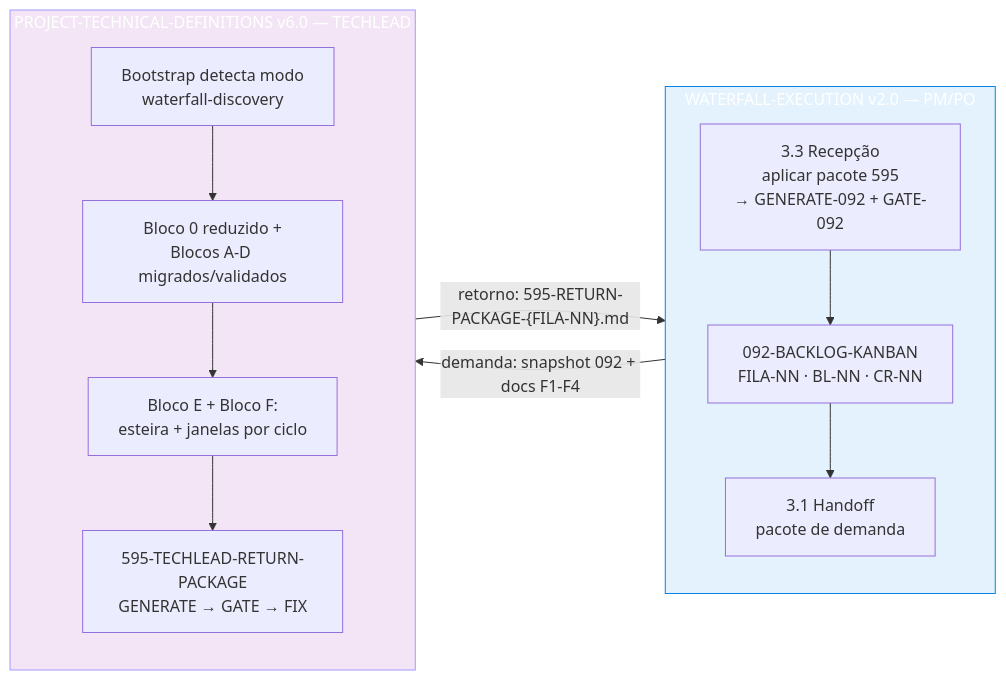
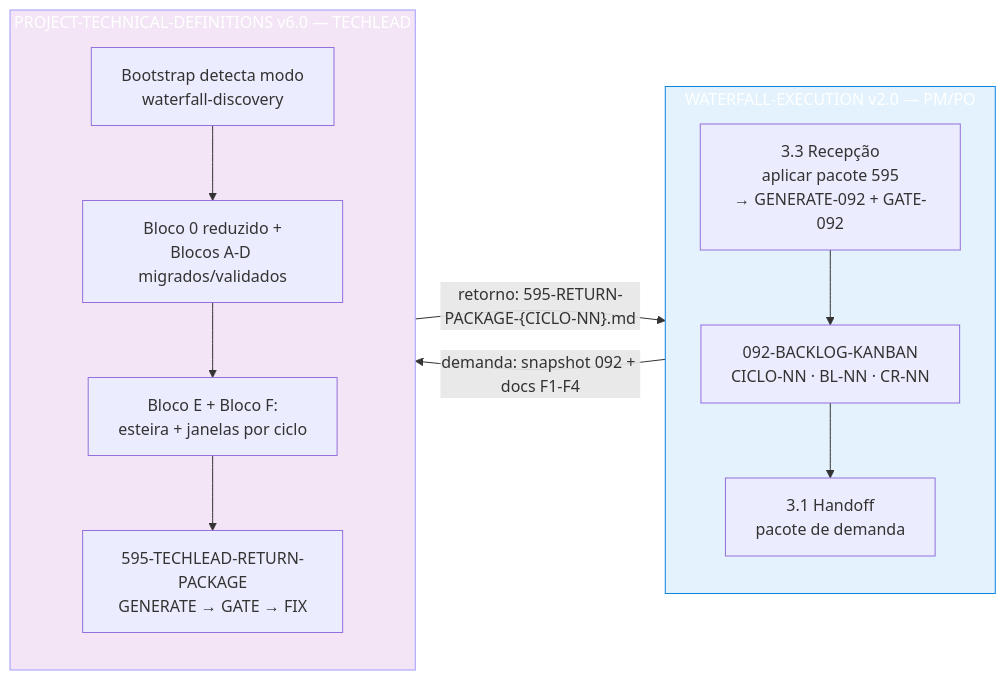
Before and after one commit to bolismar69/workspace-fbso: the tenth of 11 diagrams in .specs/prompts/project-technical-definitions/FLOWCHART-PROMPT-ROADMAP-GENERATE-PROJECT-TECHNICAL-DEFINITIONS.md, drawn with Mermaid. The commit also changed other lines of this file and 28 other files, not shown here.

First line of the commit message:
feat: vocabulário de execução — CICLO-NN, Sub-fase 1.5, 580-PACKAGE-BACKLOG, 590-ciclo-NNN e formas duplas ciclo/sprint

````diff
--- a/.specs/prompts/project-technical-definitions/FLOWCHART-PROMPT-ROADMAP-GENERATE-PROJECT-TECHNICAL-DEFINITIONS.md
+++ b/.specs/prompts/project-technical-definitions/FLOWCHART-PROMPT-ROADMAP-GENERATE-PROJECT-TECHNICAL-DEFINITIONS.md
@@ -920,21 +920,21 @@
 ```mermaid
 flowchart LR
     subgraph PMPO[WATERFALL-EXECUTION v2.0 — PM/PO]
         direction TB
-        P1[092-BACKLOG-KANBAN<br/>FILA-NN · BL-NN · CR-NN] --> P2[3.1 Handoff<br/>pacote de demanda]
+        P1[092-BACKLOG-KANBAN<br/>CICLO-NN · BL-NN · CR-NN] --> P2[3.1 Handoff<br/>pacote de demanda]
         P4[3.3 Recepção<br/>aplicar pacote 595<br/>→ GENERATE-092 + GATE-092] --> P1
     end
 
     subgraph TECHLEAD[PROJECT-TECHNICAL-DEFINITIONS v6.0 — TECHLEAD]
         direction TB
         T0[Bootstrap detecta modo<br/>waterfall-discovery] --> T1[Bloco 0 reduzido +<br/>Blocos A-D migrados/validados]
         T1 --> T2[Bloco E + Bloco F:<br/>esteira + janelas por ciclo]
         T2 --> T3[595-TECHLEAD-RETURN-PACKAGE<br/>GENERATE → GATE → FIX]
     end
 
     P2 -->|"demanda: snapshot 092 + docs F1-F4"| TECHLEAD
-    T3 -->|"retorno: 595-RETURN-PACKAGE-{FILA-NN}.md"| P4
+    T3 -->|"retorno: 595-RETURN-PACKAGE-{CICLO-NN}.md"| P4
 
     style PMPO fill:#e3f2fd,stroke:#0984e3,color:#ffffff
     style TECHLEAD fill:#f3e5f5,stroke:#a29bfe,color:#ffffff
 ```
````
